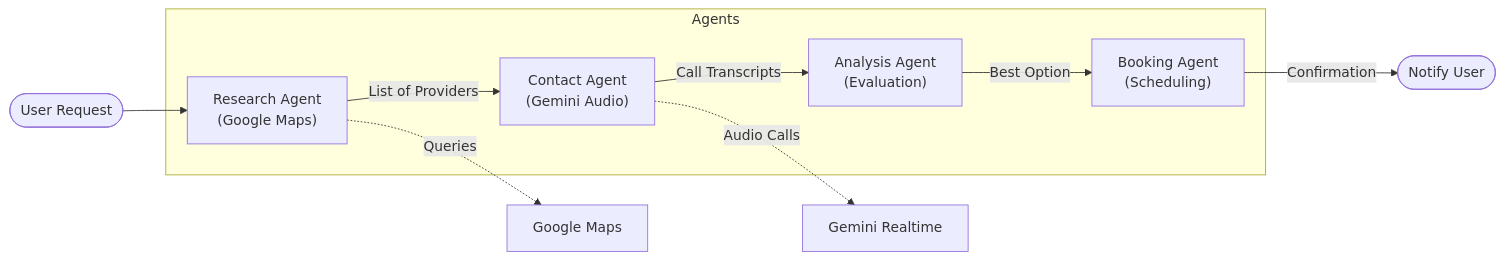
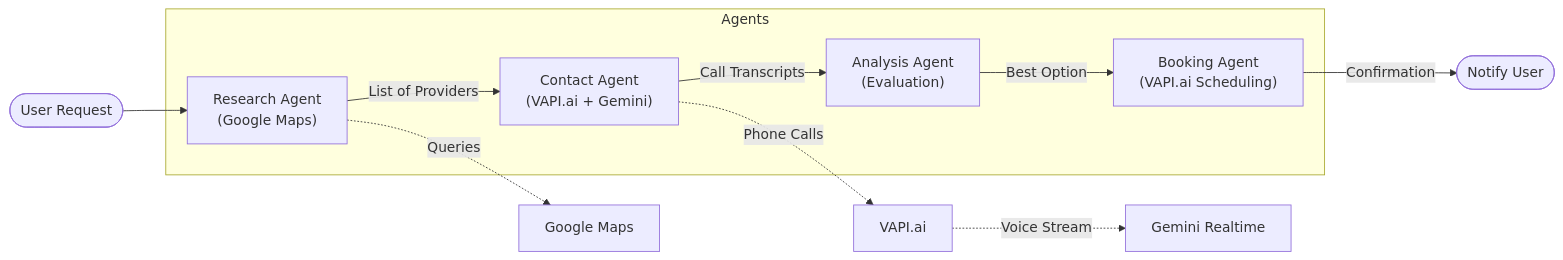
One commit to beetz12/concierge-ai changed the second of 5 diagrams in docs/architecture.md. Above: the diagram before and after it, drawn with Mermaid. The commit also changed other lines of this file and 3 other files, not shown here.

````diff
--- a/docs/architecture.md
+++ b/docs/architecture.md
@@ -48,19 +57,20 @@
 ```mermaid
 flowchart LR
     Start([User Request]) --> Research
     
     subgraph Agents
         Research["Research Agent<br/>(Google Maps)"]
-        Contact["Contact Agent<br/>(Gemini Audio)"]
+        Contact["Contact Agent<br/>(VAPI.ai + Gemini)"]
         Analysis["Analysis Agent<br/>(Evaluation)"]
-        Booking["Booking Agent<br/>(Scheduling)"]
+        Booking["Booking Agent<br/>(VAPI.ai Scheduling)"]
     end
     
     Research -->|List of Providers| Contact
     Contact -->|Call Transcripts| Analysis
     Analysis -->|Best Option| Booking
     Booking -->|Confirmation| End([Notify User])
     
     Research -.->|Queries| GoogleMaps[Google Maps]
-    Contact -.->|Audio Calls| Gemini[Gemini Realtime]
+    Contact -.->|Phone Calls| VAPI[VAPI.ai]
+    VAPI -.->|Voice Stream| Gemini[Gemini Realtime]
 ```
````
